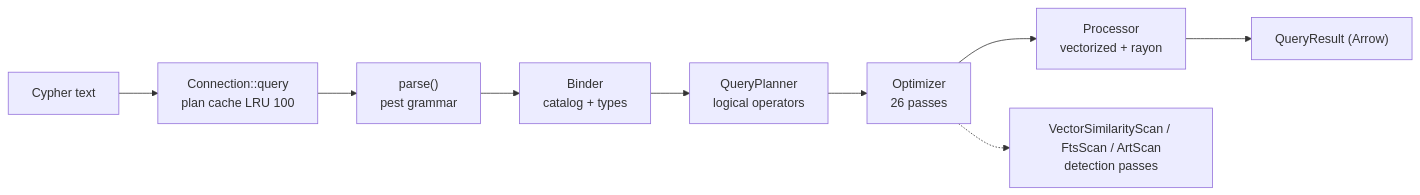
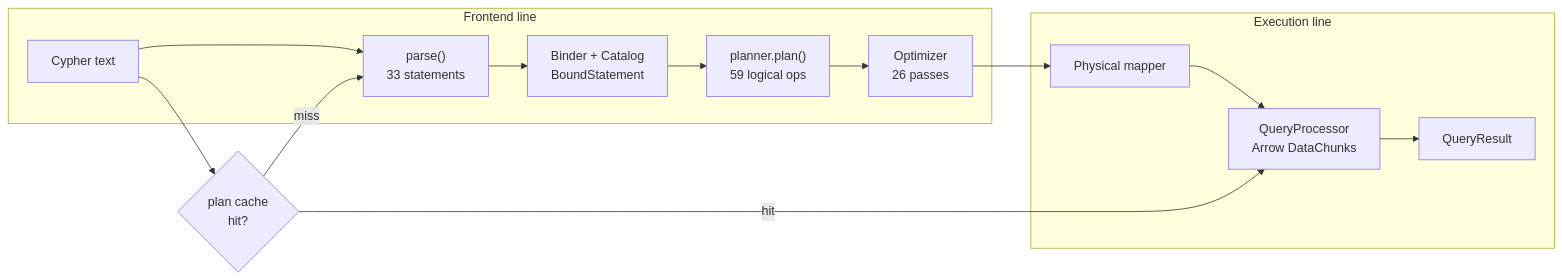
The first of 8 diagrams in .terrain/human/3.Workflows.md (mlengse/akar), drawn with Mermaid before and after one commit. The commit also changed other lines of this file and 29 other files, not shown here.

````diff
--- a/.terrain/human/3.Workflows.md
+++ b/.terrain/human/3.Workflows.md
@@ -17,11 +13,18 @@
 ```mermaid
 flowchart LR
-    A["Cypher text"] --> B["Connection::query<br/>plan cache LRU 100"]
-    B --> C["parse()<br/>pest grammar"]
-    C --> D["Binder<br/>catalog + types"]
-    D --> E["QueryPlanner<br/>logical operators"]
-    E --> F["Optimizer<br/>26 passes"]
-    F --> G["Processor<br/>vectorized + rayon"]
-    G --> H["QueryResult (Arrow)"]
-    F -.-> I["VectorSimilarityScan / FtsScan / ArtScan<br/>detection passes"]
+    subgraph front["Frontend line"]
+        A["Cypher text"] --> B["parse()<br/>33 statements"]
+        B --> C["Binder + Catalog<br/>BoundStatement"]
+        C --> D["planner.plan()<br/>59 logical ops"]
+        D --> E["Optimizer<br/>26 passes"]
+    end
+    subgraph execLine["Execution line"]
+        F["Physical mapper"] --> G["QueryProcessor<br/>Arrow DataChunks"]
+        G --> H["QueryResult"]
+    end
+    cache{"plan cache<br/>hit?"}
+    A --> cache
+    cache -->|"hit"| G
+    cache -->|"miss"| B
+    E --> F
 ```
````
